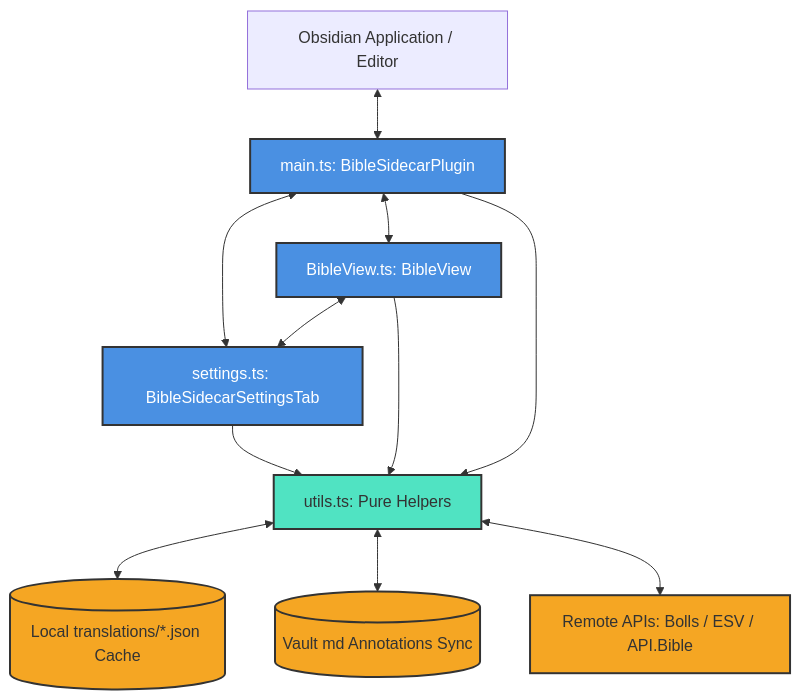
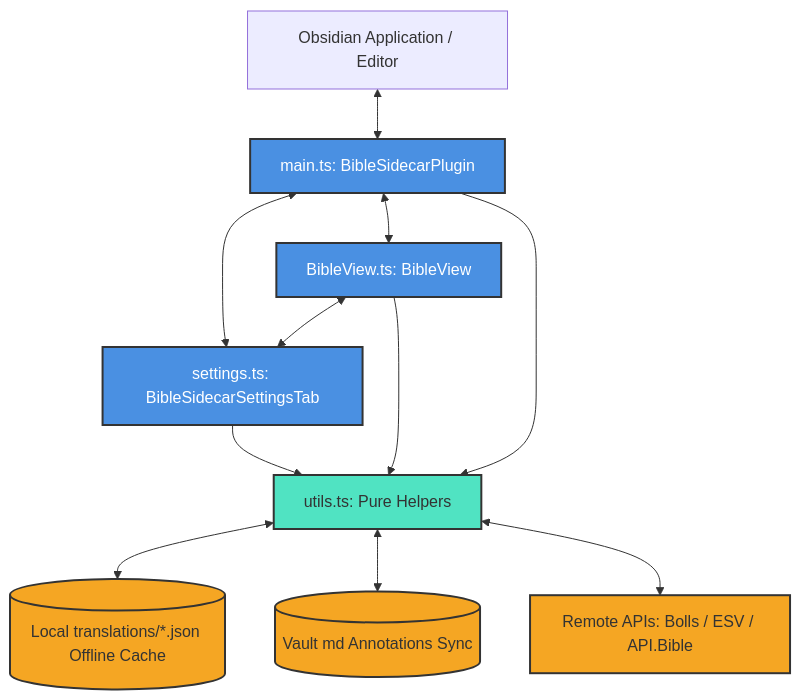
Before and after one commit to Chosen-Emperor/bible-sidecar-obsidian-plugin: the diagram in .meta/overview.md, drawn with Mermaid. The commit also changed other lines of this file and 21 other files, not shown here.

````diff
--- a/.meta/overview.md
+++ b/.meta/overview.md
@@ -13,25 +13,25 @@
 ```mermaid
 graph TD
     Obsidian[Obsidian Application / Editor] <--> Main[main.ts: BibleSidecarPlugin]
     Main <--> Settings[settings.ts: BibleSidecarSettingsTab]
     Main <--> View[BibleView.ts: BibleView]
     View <--> Settings
     
     %% Utilities & Data
     Main --> Utils[utils.ts: Pure Helpers]
     View --> Utils
     Settings --> Utils
     
     %% External and local resources
-    Utils <--> LocalCache[(Local translations/*.json Cache)]
+    Utils <--> LocalCache[(Local translations/*.json Offline Cache)]
     Utils <--> VaultMD[(Vault md Annotations Sync)]
     Utils <--> RemoteAPI[Remote APIs: Bolls / ESV / API.Bible]
     
     classDef primary fill:#4A90E2,stroke:#333,stroke-width:2px,color:#fff;
     classDef secondary fill:#50E3C2,stroke:#333,stroke-width:2px,color:#333;
     classDef storage fill:#F5A623,stroke:#333,stroke-width:2px,color:#333;
     
     class Main,View,Settings primary;
     class Utils secondary;
     class LocalCache,VaultMD,RemoteAPI storage;
 ```
````
